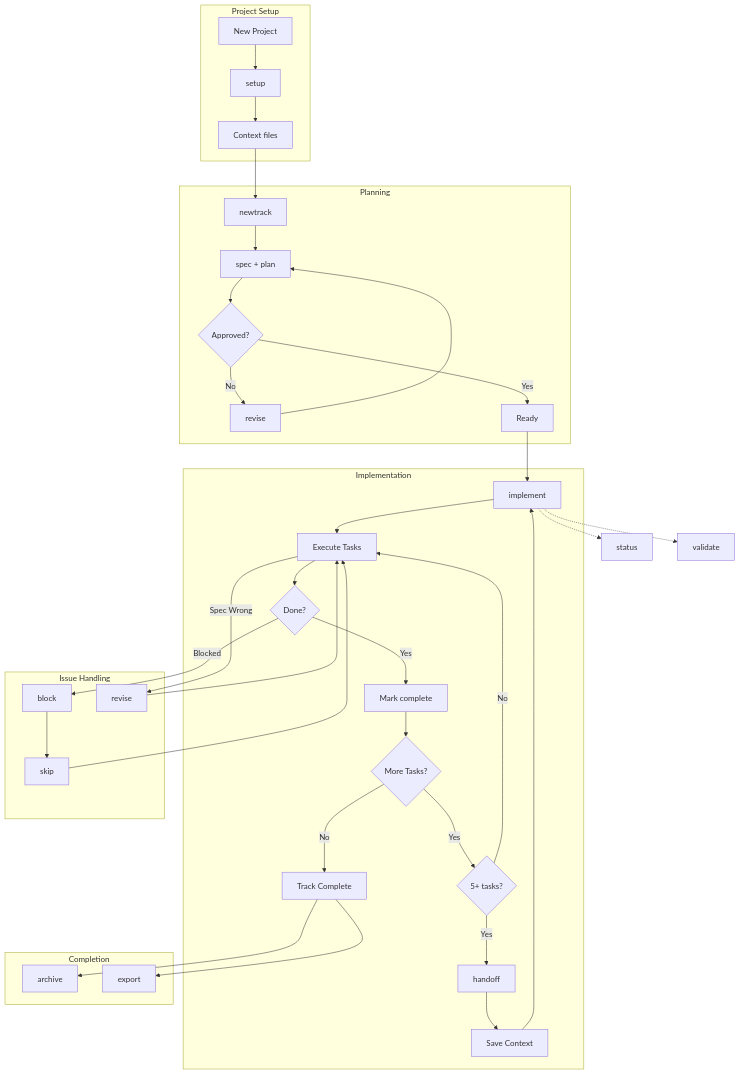
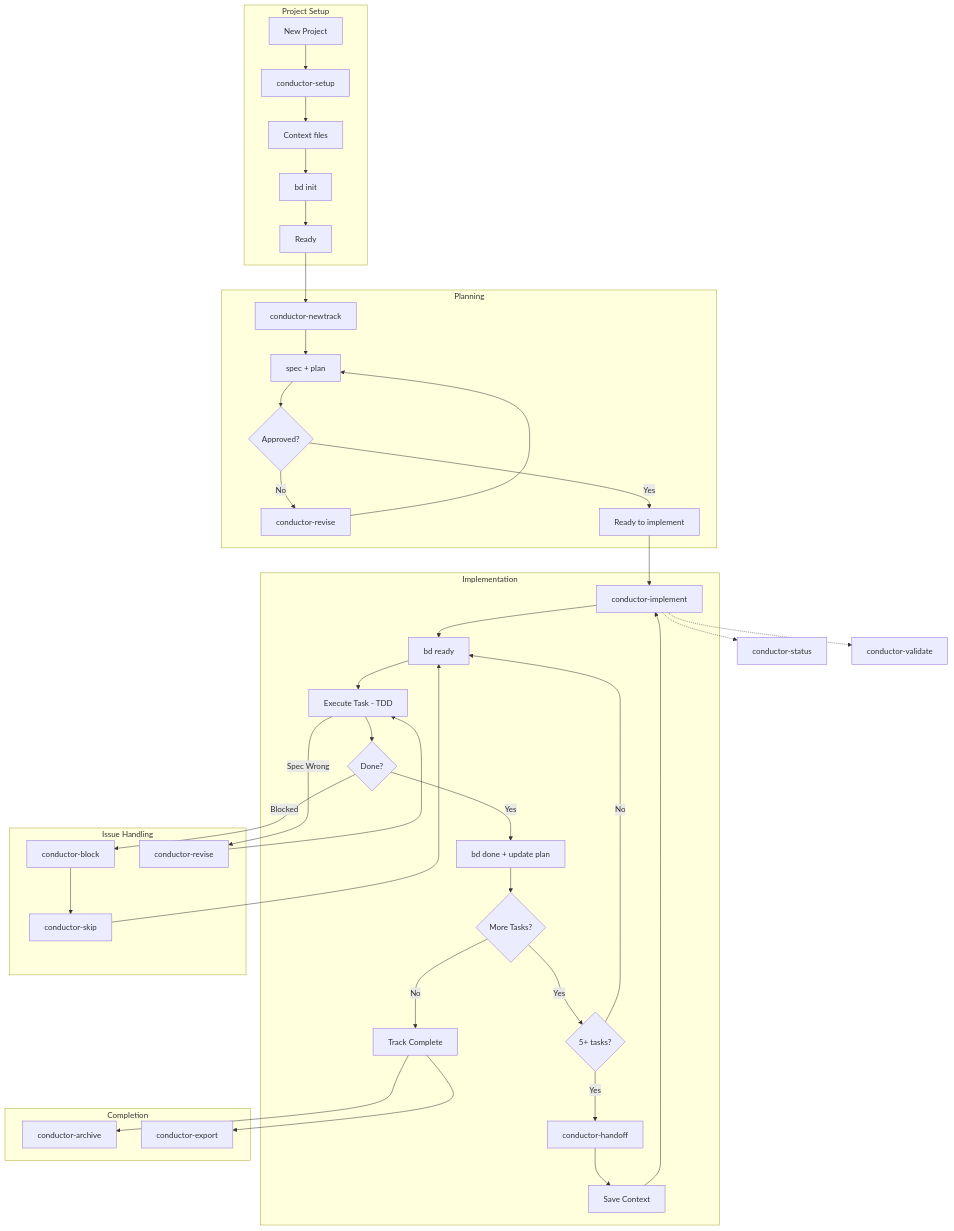
The first of 2 diagrams in README.md (NilusvanEdel/Conductor-Beads-Copilot), drawn with Mermaid before and after one commit. The commit also changed other lines of this file, not shown here.

Commit message:
Update README with setup guide, workflow diagrams, and Beads integration

````diff
--- a/README.md
+++ b/README.md
@@ -166,46 +272,49 @@
 ```mermaid
 flowchart TD
     subgraph SETUP[Project Setup]
-        A[New Project] --> B["setup"]
+        A[New Project] --> B["conductor-setup"]
         B --> C[Context files]
+        C --> D["bd init"]
+        D --> E[Ready]
     end
 
     subgraph PLANNING[Planning]
-        C --> D["newtrack"]
-        D --> E[spec + plan]
-        E --> F{Approved?}
-        F -->|No| G["revise"]
-        G --> E
-        F -->|Yes| H[Ready]
+        E --> F["conductor-newtrack"]
+        F --> G[spec + plan]
+        G --> H{Approved?}
+        H -->|No| I["conductor-revise"]
+        I --> G
+        H -->|Yes| J[Ready to implement]
     end
 
     subgraph IMPL[Implementation]
-        H --> I["implement"]
-        I --> J[Execute Tasks]
-        J --> K{Done?}
-        K -->|Yes| L[Mark complete]
-        L --> M{More Tasks?}
-        M -->|Yes| N{5+ tasks?}
-        N -->|Yes| O["handoff"]
-        O --> P[Save Context]
-        P --> I
-        N -->|No| J
-        M -->|No| Q[Track Complete]
+        J --> K["conductor-implement"]
+        K --> L["bd ready"]
+        L --> M[Execute Task - TDD]
+        M --> N{Done?}
+        N -->|Yes| O["bd done + update plan"]
+        O --> P{More Tasks?}
+        P -->|Yes| Q{5+ tasks?}
+        Q -->|Yes| R["conductor-handoff"]
+        R --> S[Save Context]
+        S --> K
+        Q -->|No| L
+        P -->|No| T[Track Complete]
     end
 
     subgraph ISSUES[Issue Handling]
-        K -->|Blocked| R["block"]
-        R --> S["skip"]
-        S --> J
-        J -->|Spec Wrong| T["revise"]
-        T --> J
+        N -->|Blocked| U["conductor-block"]
+        U --> V["conductor-skip"]
+        V --> L
+        M -->|Spec Wrong| W["conductor-revise"]
+        W --> M
     end
 
     subgraph DONE[Completion]
-        Q --> U["archive"]
-        Q --> V["export"]
+        T --> X["conductor-archive"]
+        T --> Y["conductor-export"]
     end
 
-    I -.-> W["status"]
-    I -.-> X["validate"]
+    K -.-> Z["conductor-status"]
+    K -.-> AA["conductor-validate"]
 ```
````
